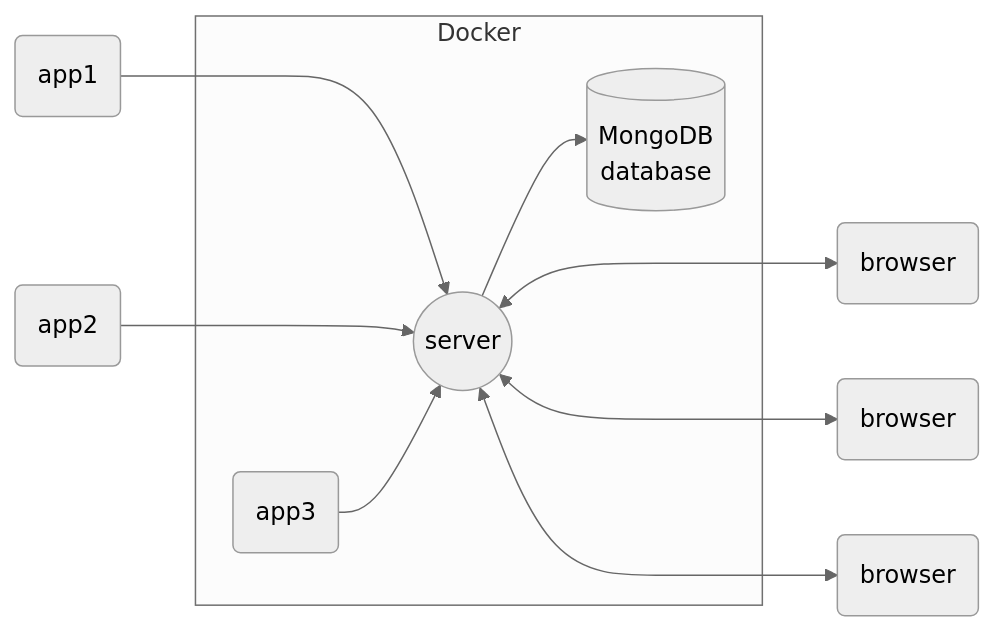
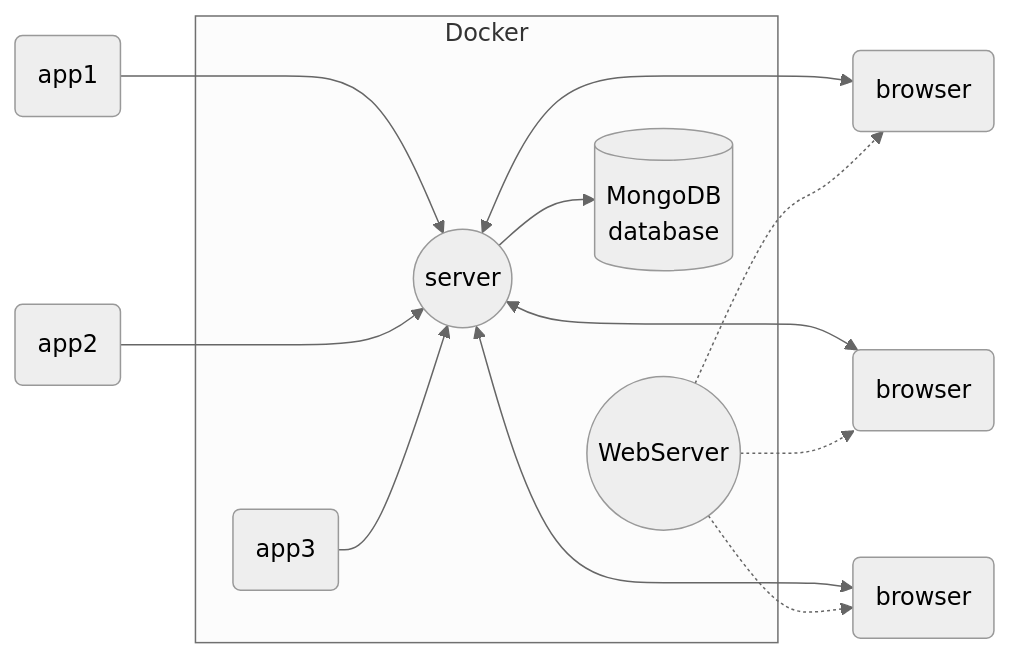
One commit to jburget/logging-public changed the first of 4 diagrams in README.md. Above: the diagram before and after it, drawn with Mermaid (neutral theme). The commit also changed 2 other files, not shown here.

Commit message:
fixed inheritance in messageadapter

````diff
--- a/README.md
+++ b/README.md
@@ -2,25 +2,30 @@
 ```mermaid
 flowchart LR
     B1(browser)
     B2(browser)
     B3(browser)
     A1(app1)
     A2(app2)
     A3(app3)
     S((server))
+    WS((WebServer))
     D[(MongoDB <br> database)]
     
     
     A1--->S
     A2--->S
     
     S<--->B1
     S<--->B2
     S<--->B3
     
     subgraph Docker
     S-->D
     A3-->S
+    WS
     end
+    WS-.->B1
+    WS-.->B2
+    WS-.->B3
 
 ```
````
